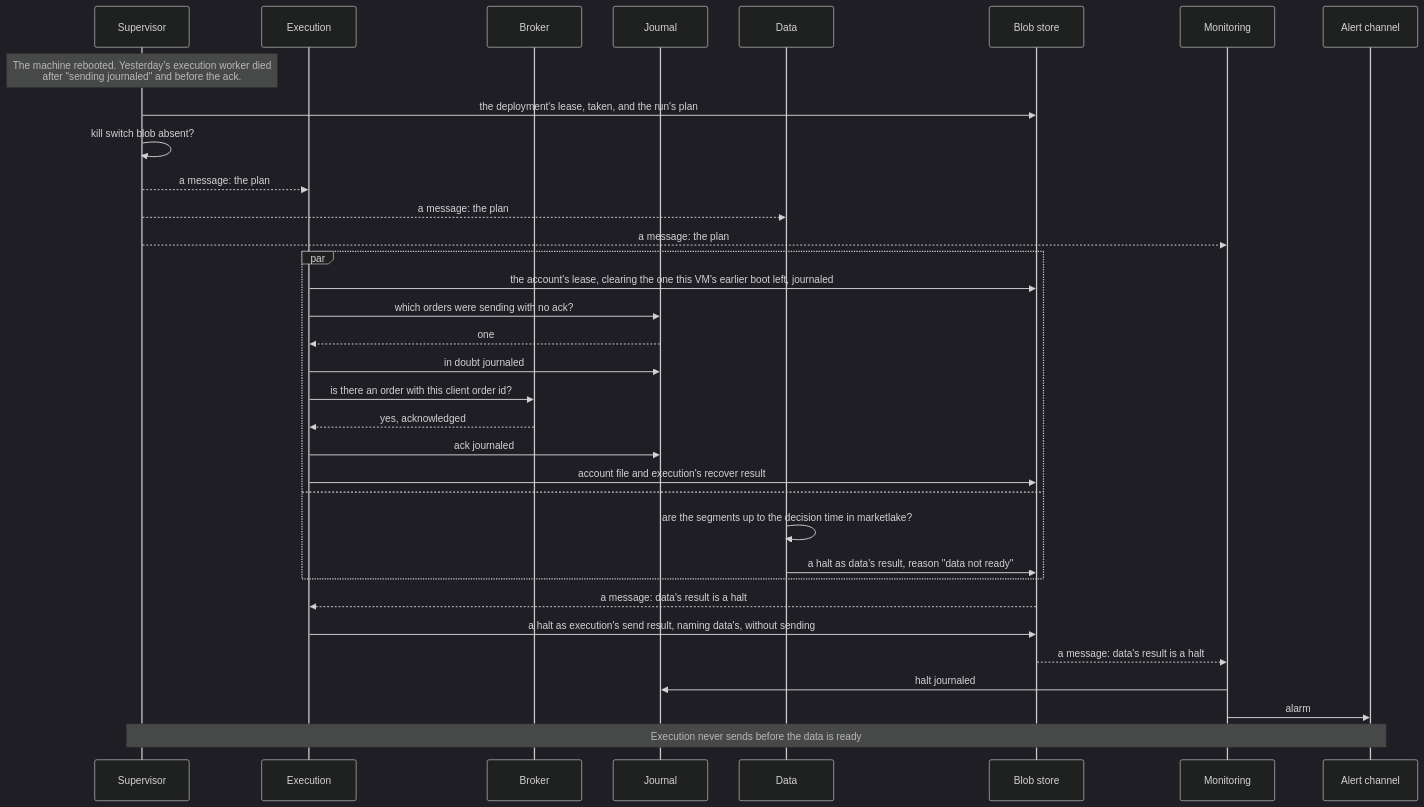
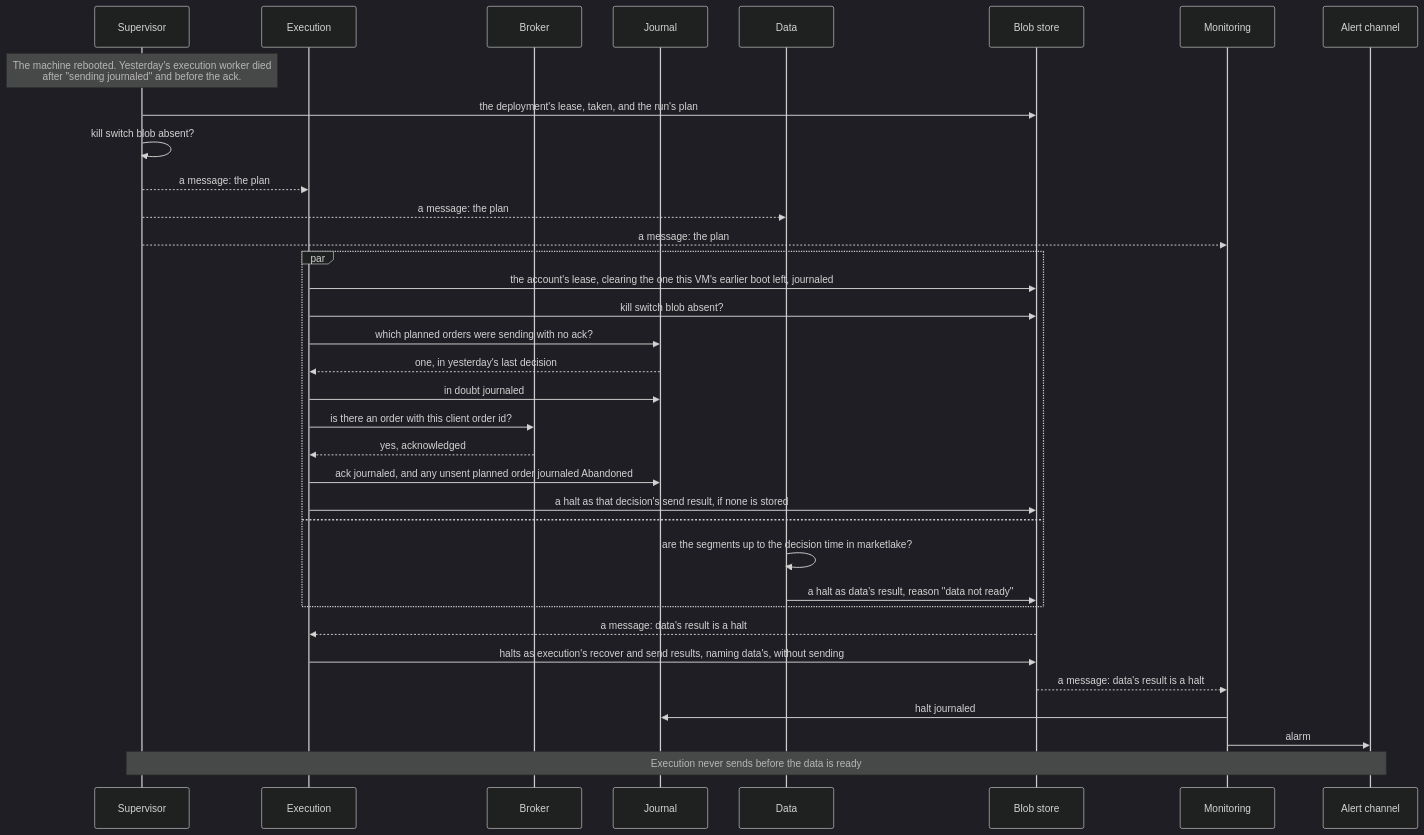
One commit to l3a0/ithildin-runtime changed the sixth of 16 diagrams in docs/architecture.md. Above: the diagram before and after it, drawn with Mermaid (dark theme). The commit also changed other lines of this file and 2 other files, not shown here.

First line of the commit message:
docs(architecture): scrub the diagrams and prose against the latest design

````diff
--- a/docs/architecture.md
+++ b/docs/architecture.md
@@ -711,37 +705,38 @@
 ```mermaid
 sequenceDiagram
     participant V as Supervisor
     participant X as Execution
     participant B as Broker
     participant J as Journal
     participant D as Data
     participant F as Blob store
     participant M as Monitoring
     participant L as Alert channel
 
     Note over V: The machine rebooted. Yesterday's execution worker died<br/>after "sending journaled" and before the ack.
     V->>F: the deployment's lease, taken, and the run's plan
     V->>V: kill switch blob absent?
     V-->>X: a message: the plan
     V-->>D: a message: the plan
     V-->>M: a message: the plan
     par
         X->>F: the account's lease, clearing the one this VM's earlier boot left, journaled
-        X->>J: which orders were sending with no ack?
-        J-->>X: one
+        X->>F: kill switch blob absent?
+        X->>J: which planned orders were sending with no ack?
+        J-->>X: one, in yesterday's last decision
         X->>J: in doubt journaled
         X->>B: is there an order with this client order id?
         B-->>X: yes, acknowledged
-        X->>J: ack journaled
-        X->>F: account file and execution's recover result
+        X->>J: ack journaled, and any unsent planned order journaled Abandoned
+        X->>F: a halt as that decision's send result, if none is stored
     and
         D->>D: are the segments up to the decision time in marketlake?
         D->>F: a halt as data's result, reason "data not ready"
     end
     F-->>X: a message: data's result is a halt
-    X->>F: a halt as execution's send result, naming data's, without sending
+    X->>F: halts as execution's recover and send results, naming data's, without sending
     F-->>M: a message: data's result is a halt
     M->>J: halt journaled
     M->>L: alarm
     Note over V,L: Execution never sends before the data is ready
 ```
````
